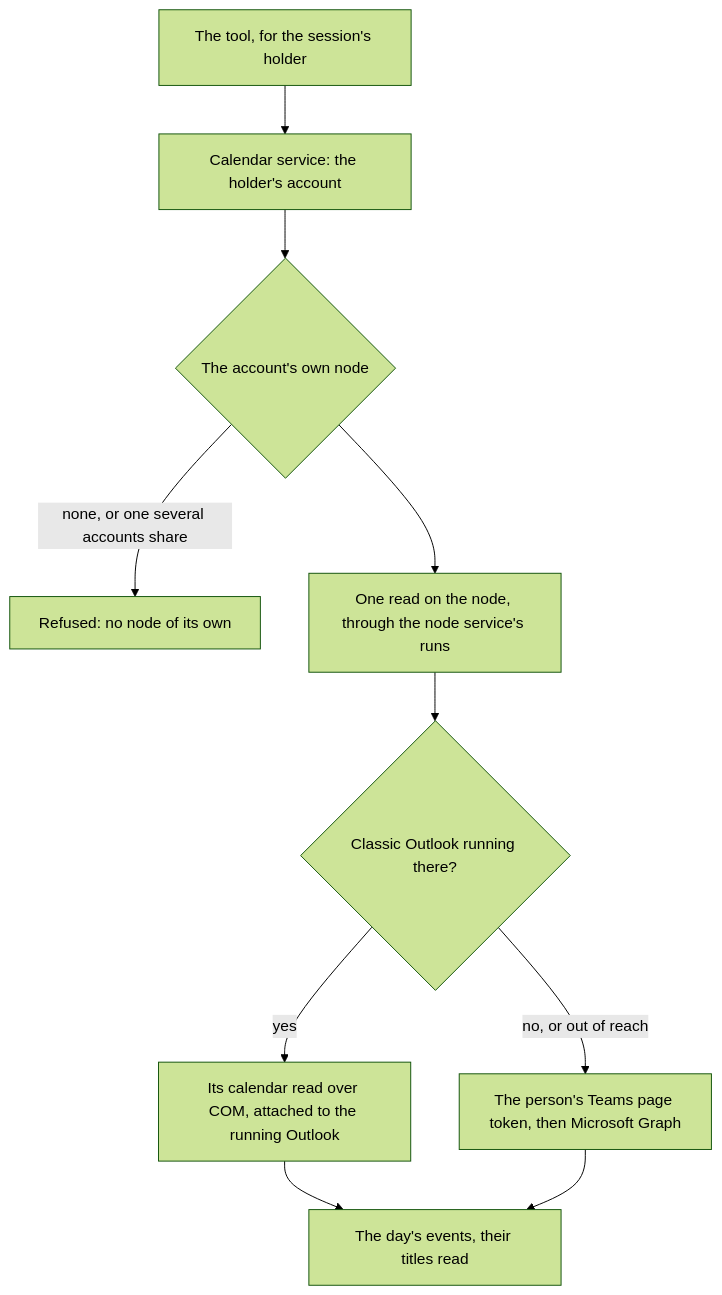
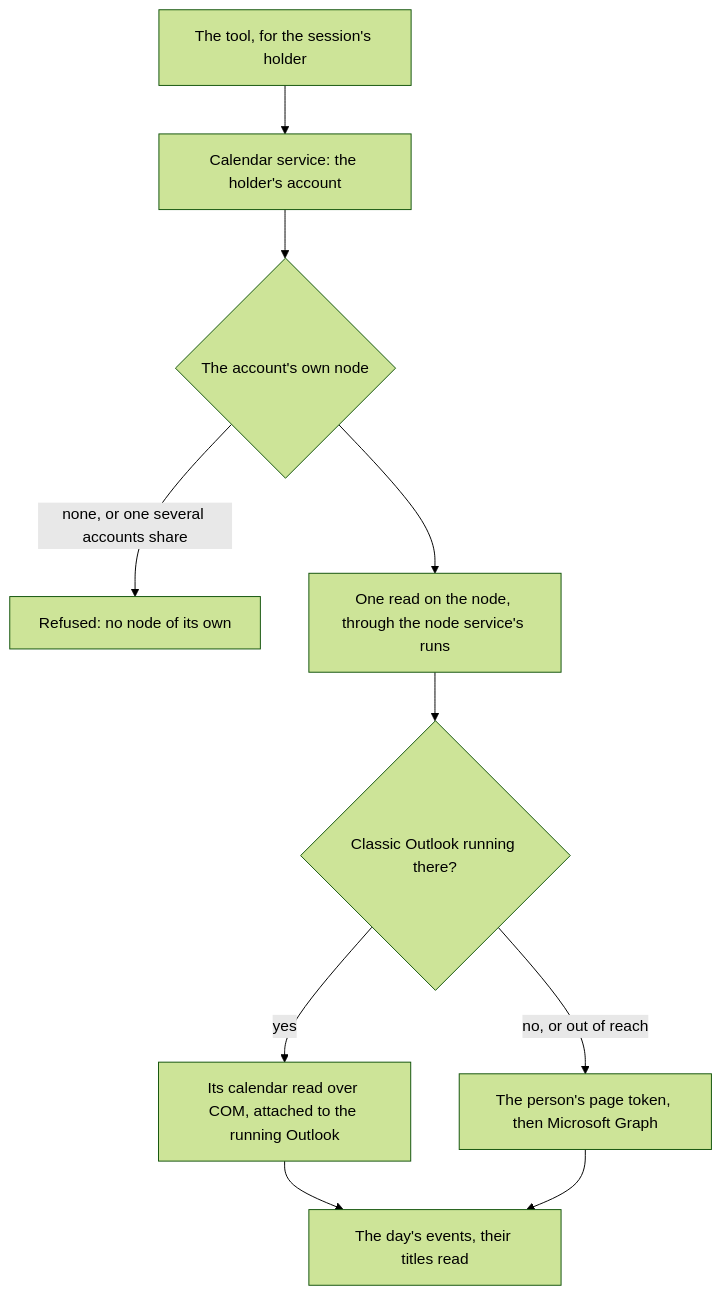
The third of 3 diagrams in docs/design.md (ahas/bmo-calendar), drawn with Mermaid (forest theme) before and after one commit. The commit also changed other lines of this file and 17 other files, not shown here.

First line of the commit message:
Ask the page-token service only where the settings name one

````diff
--- a/docs/design.md
+++ b/docs/design.md
@@ -239,12 +239,12 @@
 ```mermaid
 flowchart TD
   T[The tool, for the session's holder] --> S[Calendar service: the holder's account]
   S --> N{The account's own node}
   N -->|none, or one several accounts share| X[Refused: no node of its own]
   N --> R[One read on the node, through the node service's runs]
   R --> O{Classic Outlook running there?}
   O -->|yes| C[Its calendar read over COM, attached to the running Outlook]
-  O -->|no, or out of reach| G[The person's Teams page token, then Microsoft Graph]
+  O -->|no, or out of reach| G[The person's page token, then Microsoft Graph]
   C --> A[The day's events, their titles read]
   G --> A
 ```
````
